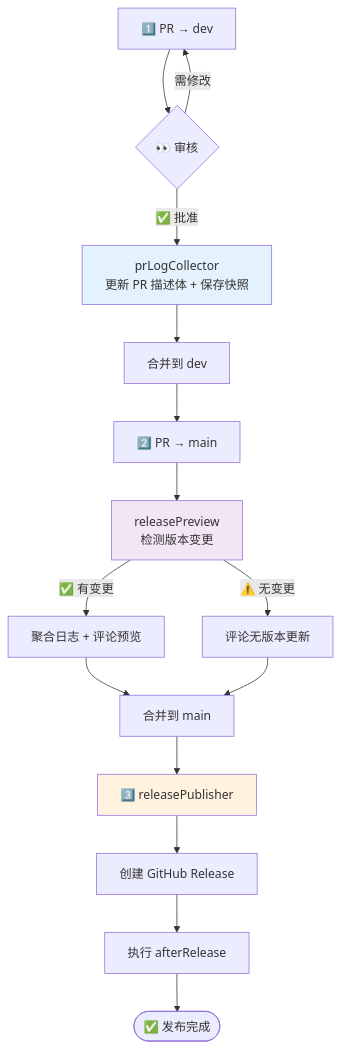
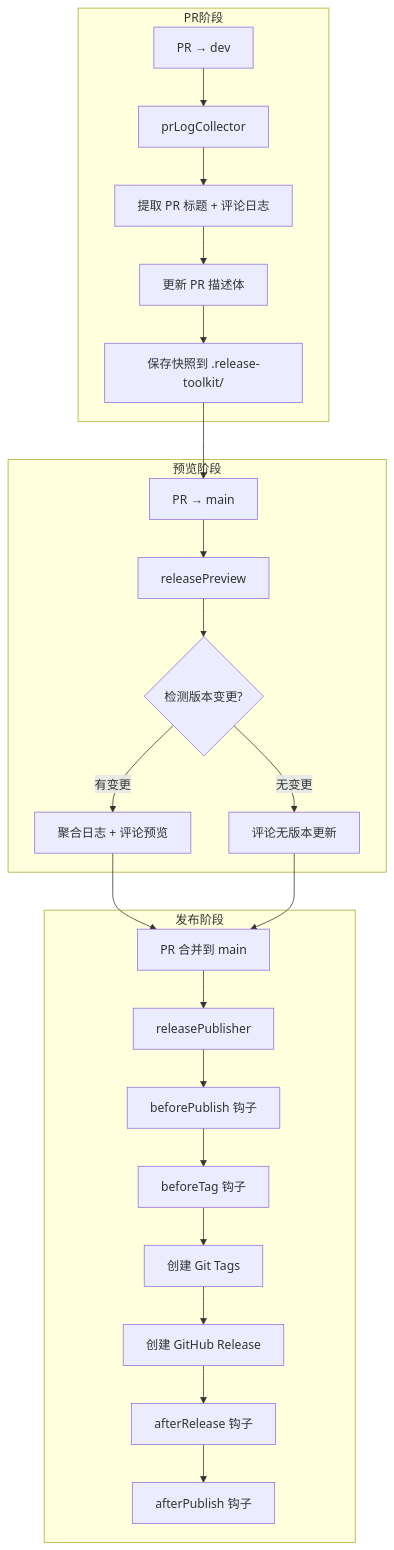
One commit to release-toolkit/release-toolkit changed the first of 3 diagrams in README.md. Above: the diagram before and after it, drawn with Mermaid. The commit also changed other lines of this file and 57 other files, not shown here.

````diff
--- a/README.md
+++ b/README.md
@@ -81,21 +7,30 @@
 ```mermaid
-graph TD
-    A["1️⃣ PR → dev"] --> Review{👀 审核}
-    Review -->|"需修改"| A
-    Review -->|"✅ 批准"| B["prLogCollector\n更新 PR 描述体 + 保存快照"]
-    B --> C["合并到 dev"]
-    C --> D["2️⃣ PR → main"]
-    D --> E["releasePreview\n检测版本变更"]
-    E -->|"✅ 有变更"| F["聚合日志 + 评论预览"]
-    E -->|"⚠️ 无变更"| G["评论无版本更新"]
-    F --> H["合并到 main"]
-    G --> H
-    H --> I["3️⃣ releasePublisher"]
-    I --> J["创建 GitHub Release"]
-    J --> K["执行 afterRelease"]
-    K --> L(["✅ 发布完成"])
+flowchart TD
+    subgraph PR阶段
+        A[PR → dev] --> B[prLogCollector]
+        B --> B1[提取 PR 标题 + 评论日志]
+        B1 --> B2[更新 PR 描述体]
+        B2 --> B3[保存快照到 .release-toolkit/]
+    end
 
-    style B fill:#e3f2fd
-    style E fill:#f3e5f5
-    style I fill:#fff3e0
+    subgraph 预览阶段
+        C[PR → main] --> D[releasePreview]
+        D --> D1{检测版本变更?}
+        D1 -->|有变更| D2[聚合日志 + 评论预览]
+        D1 -->|无变更| D3[评论无版本更新]
+    end
+
+    subgraph 发布阶段
+        E[PR 合并到 main] --> F[releasePublisher]
+        F --> F1[beforePublish 钩子]
+        F1 --> F2[beforeTag 钩子]
+        F2 --> F3[创建 Git Tags]
+        F3 --> F4[创建 GitHub Release]
+        F4 --> F5[afterRelease 钩子]
+        F5 --> F6[afterPublish 钩子]
+    end
+
+    B3 --> C
+    D2 --> E
+    D3 --> E
 ```
````
